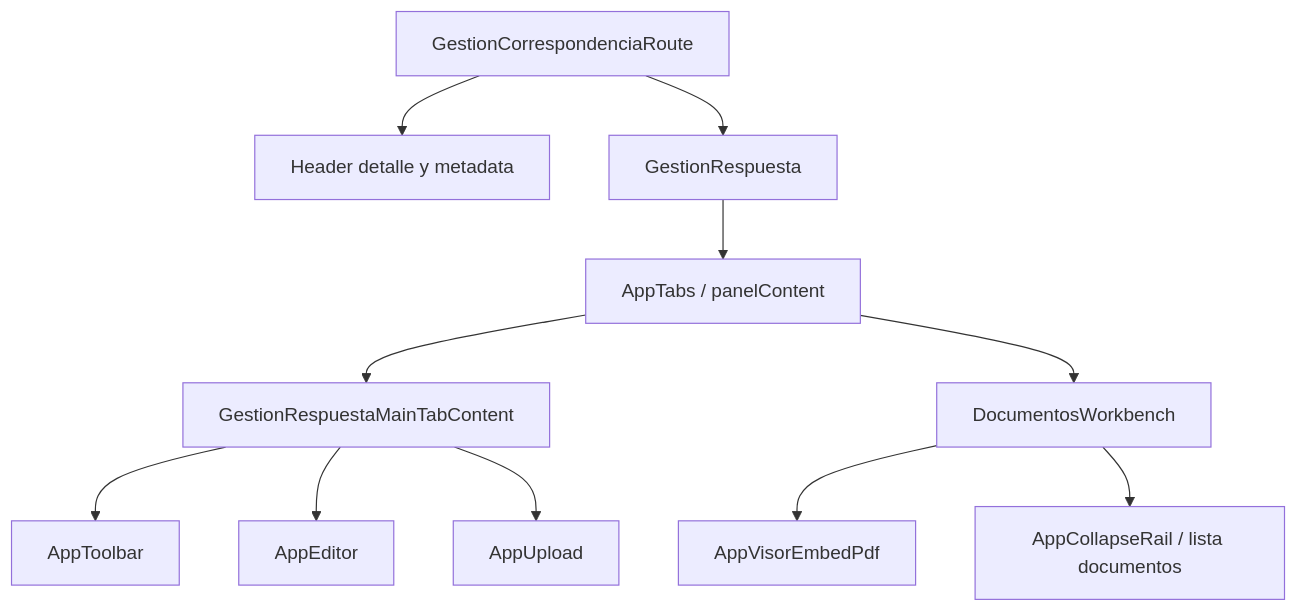
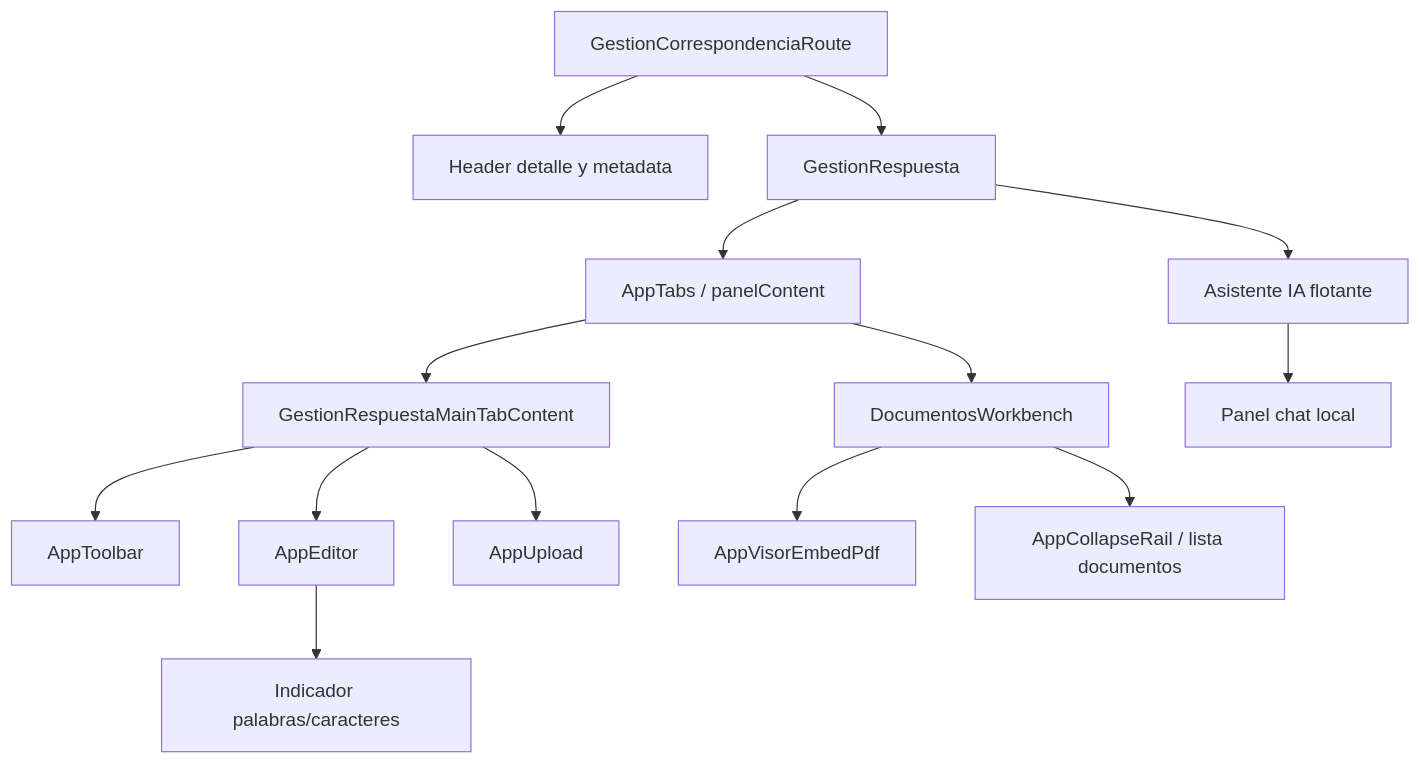
Before and after one commit to miguelurueta/DocuArchiNet: the diagram in docs/Architecture/GestionCorrrespondecia/Tabs-React-Resizable-Panels/SCRUMCORE-251-Arquitectura.md, drawn with Mermaid. The commit also changed other lines of this file and 8 other files, not shown here.

````diff
--- a/docs/Architecture/GestionCorrrespondecia/Tabs-React-Resizable-Panels/SCRUMCORE-251-Arquitectura.md
+++ b/docs/Architecture/GestionCorrrespondecia/Tabs-React-Resizable-Panels/SCRUMCORE-251-Arquitectura.md
@@ -11,13 +11,16 @@
 ```mermaid
 flowchart TD
   A[GestionCorrespondenciaRoute] --> B[Header detalle y metadata]
   A --> C[GestionRespuesta]
   C --> D[AppTabs / panelContent]
   D --> E[GestionRespuestaMainTabContent]
   D --> F[DocumentosWorkbench]
   E --> G[AppToolbar]
   E --> H[AppEditor]
   E --> I[AppUpload]
+  C --> L[Asistente IA flotante]
+  L --> M[Panel chat local]
+  H --> N[Indicador palabras/caracteres]
   F --> J[AppVisorEmbedPdf]
   F --> K[AppCollapseRail / lista documentos]
 ```
````
